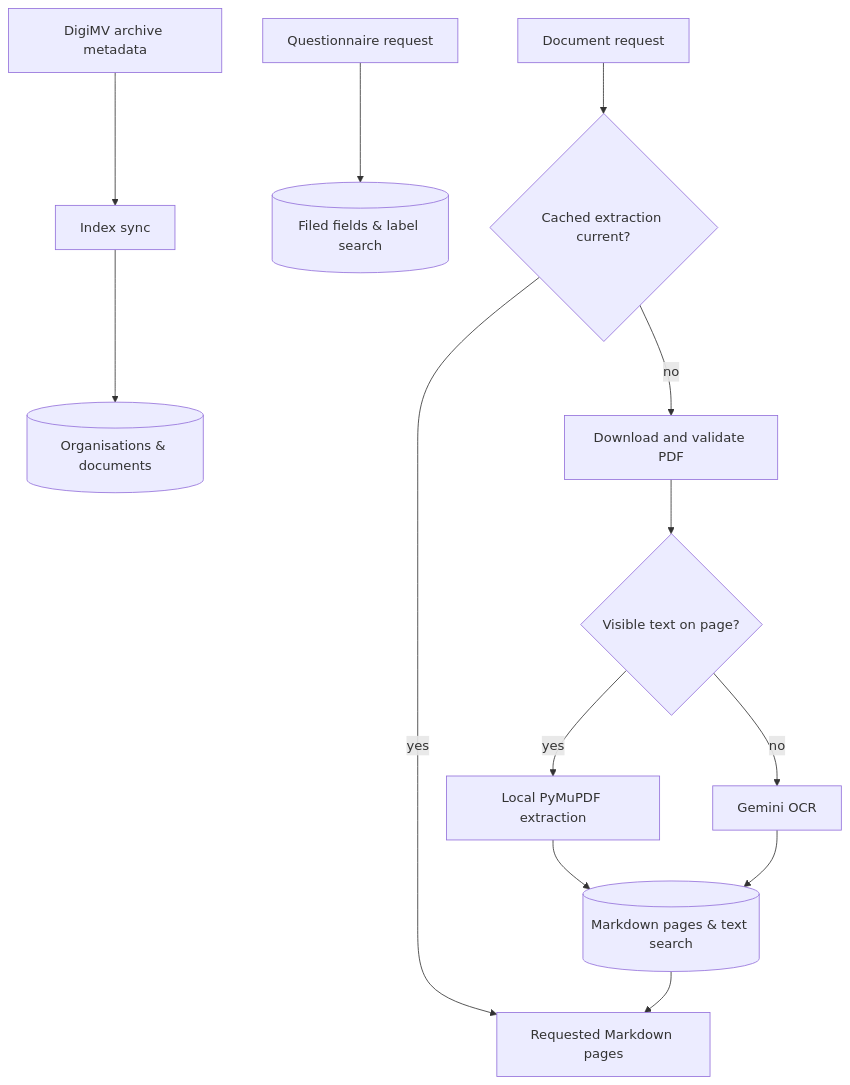
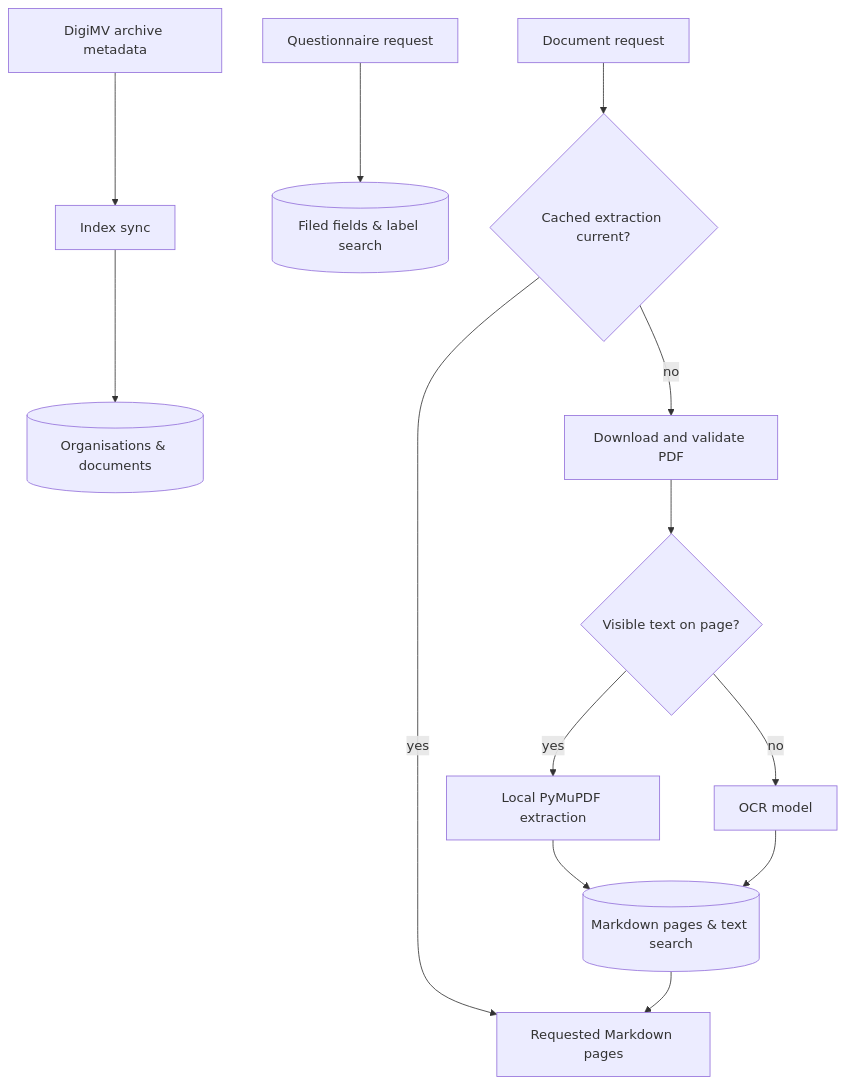
One commit to FrisoWiegersma/jaarverantwoording-zorg changed the diagram in docs/architecture.md. Above: the diagram before and after it, drawn with Mermaid. The commit also changed other lines of this file and 12 other files, not shown here.

First line of the commit message:
Read scanned pages with Gemini, Claude, OpenAI or a model you name

````diff
--- a/docs/architecture.md
+++ b/docs/architecture.md
@@ -18,15 +18,15 @@
 ```mermaid
 flowchart TD
     I[DigiMV archive metadata] --> S[Index sync]
     S --> O[(Organisations & documents)]
     Q[Questionnaire request] --> F[(Filed fields & label search)]
     D[Document request] --> C{Cached extraction current?}
     C -->|yes| M[Requested Markdown pages]
     C -->|no| P[Download and validate PDF]
     P --> V{Visible text on page?}
     V -->|yes| L[Local PyMuPDF extraction]
-    V -->|no| G[Gemini OCR]
+    V -->|no| G[OCR model]
     L --> K[(Markdown pages & text search)]
     G --> K
     K --> M
 ```
````
